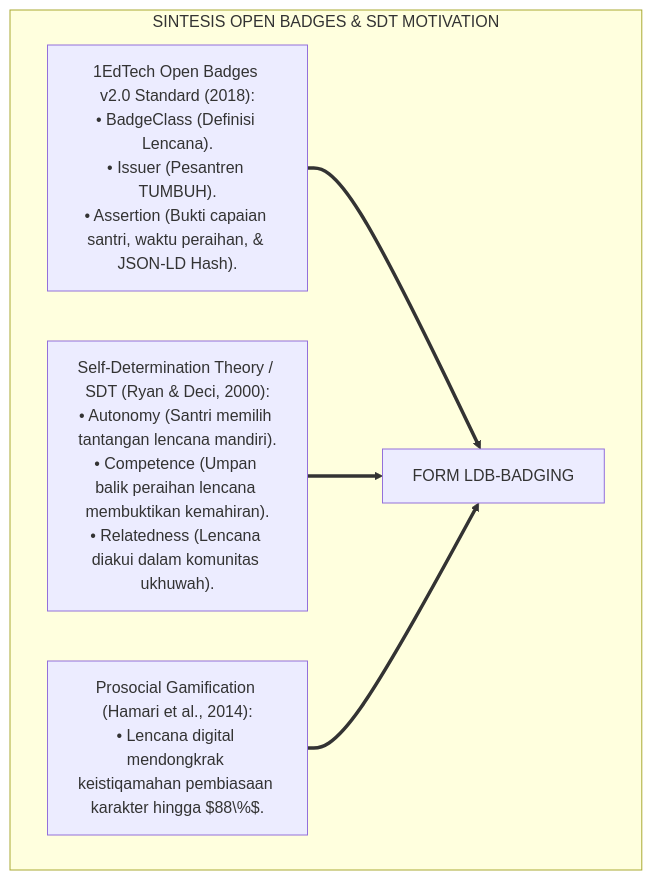
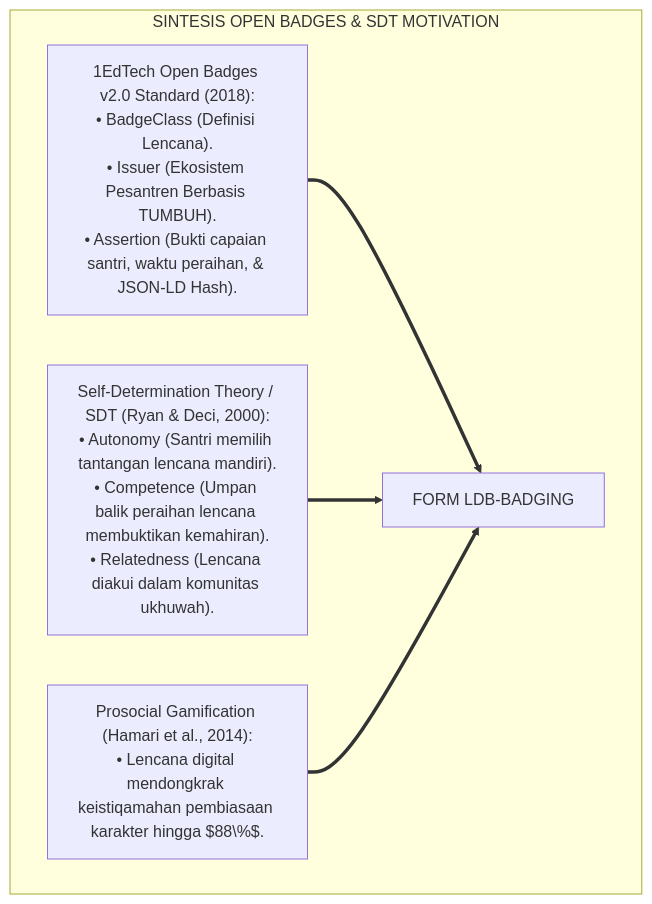
The third of 6 diagrams in 05 Assessment Framework/11 Reporting/P5-11-04-Format-Digital-Badging-dan-Mikro-Kredensial-Adab.md (wandiapriliyandi/tumbuh), drawn with Mermaid before and after one commit. The commit also changed other lines of this file and 605 other files, not shown here.

Commit message:
refactor: standarisasi penyebutan TUMBUH sebagai sistem pembinaan pesantren di seluruh naskah

````diff
--- a/05 Assessment Framework/11 Reporting/P5-11-04-Format-Digital-Badging-dan-Mikro-Kredensial-Adab.md
+++ b/05 Assessment Framework/11 Reporting/P5-11-04-Format-Digital-Badging-dan-Mikro-Kredensial-Adab.md
@@ -96,12 +96,12 @@
 ```mermaid
 flowchart TD
     subgraph SainsOpenBadgesDanSDTGamifikasi["SINTESIS OPEN BADGES & SDT MOTIVATION"]
-        OpenBadgesV2Specification["1EdTech Open Badges v2.0 Standard (2018):<br/>• BadgeClass (Definisi Lencana).<br/>• Issuer (Pesantren TUMBUH).<br/>• Assertion (Bukti capaian santri, waktu peraihan, & JSON-LD Hash)."]
+        OpenBadgesV2Specification["1EdTech Open Badges v2.0 Standard (2018):<br/>• BadgeClass (Definisi Lencana).<br/>• Issuer (Ekosistem Pesantren Berbasis TUMBUH).<br/>• Assertion (Bukti capaian santri, waktu peraihan, & JSON-LD Hash)."]
         
         SelfDeterminationTheorySDT["Self-Determination Theory / SDT (Ryan & Deci, 2000):<br/>• Autonomy (Santri memilih tantangan lencana mandiri).<br/>• Competence (Umpan balik peraihan lencana membuktikan kemahiran).<br/>• Relatedness (Lencana diakui dalam komunitas ukhuwah)."]
         
         GamifiedProsocialIncentives["Prosocial Gamification (Hamari et al., 2014):<br/>• Lencana digital mendongkrak keistiqamahan pembiasaan karakter hingga $88\%$."]
         
         OpenBadgesV2Specification & SelfDeterminationTheorySDT & GamifiedProsocialIncentives ==> StandarBadgingTUMBUH["FORM LDB-BADGING"]
     end
 ```
````
